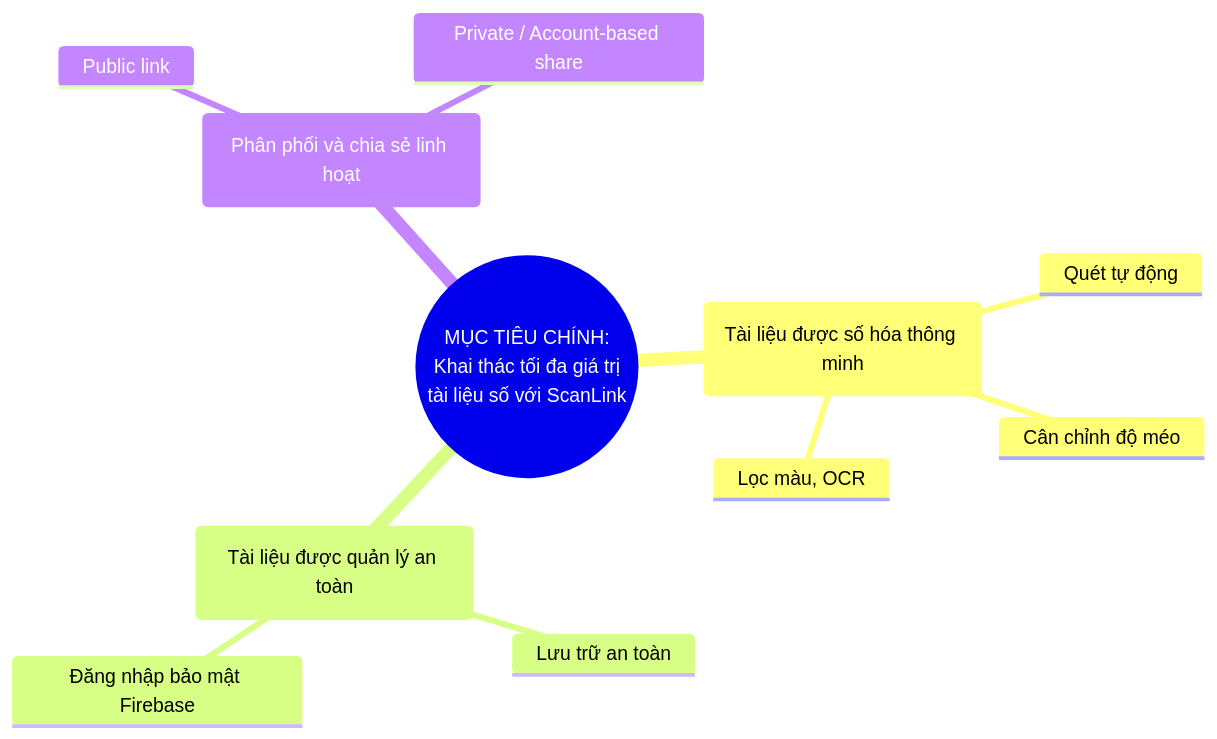
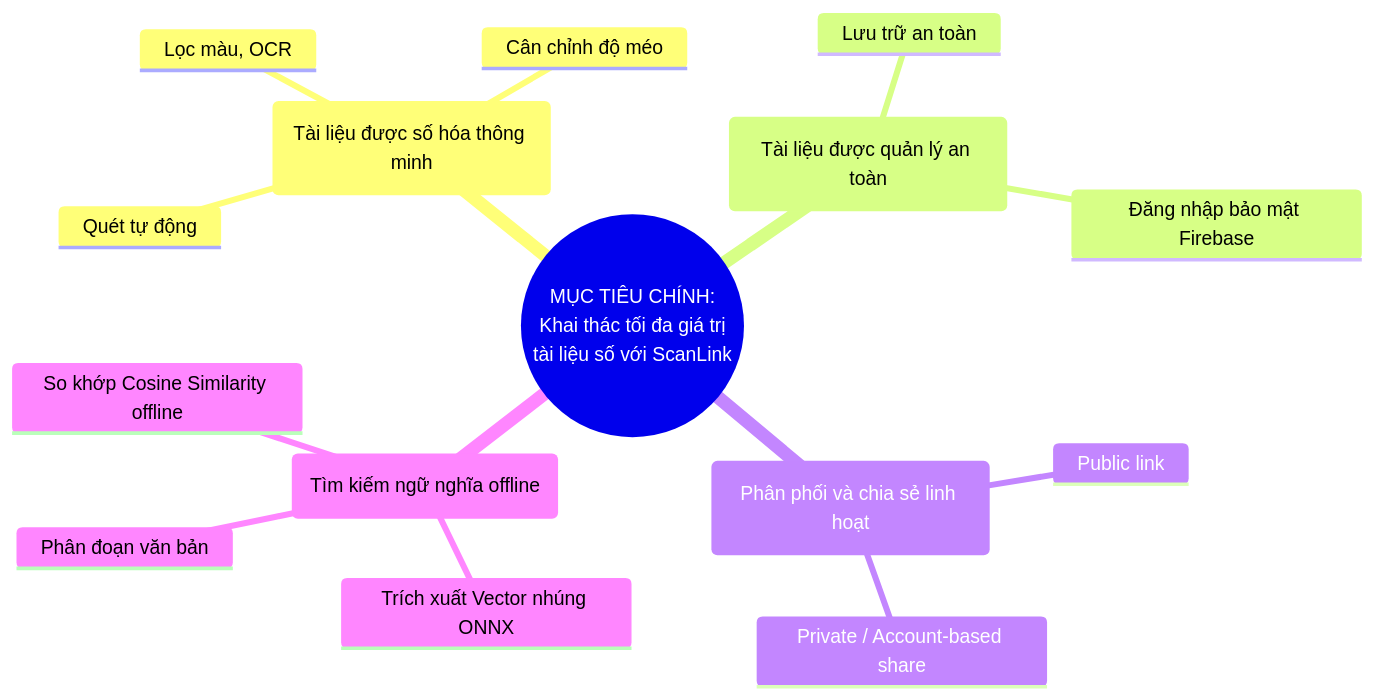
Before and after one commit to vthiet/ScanLink: the second of 3 diagrams in docs/Software_Requirments_Spectification.md, drawn with Mermaid. The commit also changed other lines of this file and 22 other files, not shown here.

Commit message:
feat: implement local semantic search feature with ONNX embedding engine and Room vector support

````diff
--- a/docs/Software_Requirments_Spectification.md
+++ b/docs/Software_Requirments_Spectification.md
@@ -145,14 +146,18 @@
 ``` mermaid
 mindmap
   root((MỤC TIÊU CHÍNH:<br>Khai thác tối đa giá trị<br>tài liệu số với ScanLink))
     Sub-Goal 1(Tài liệu được số hóa thông minh)
       Quét tự động
       Cân chỉnh độ méo
       Lọc màu, OCR
     Sub-Goal 2(Tài liệu được quản lý an toàn)
       Lưu trữ an toàn
       Đăng nhập bảo mật Firebase
     Sub-Goal 3(Phân phối và chia sẻ linh hoạt)
       Public link
       Private / Account-based share
+    Sub-Goal 4(Tìm kiếm ngữ nghĩa offline)
+      Phân đoạn văn bản
+      Trích xuất Vector nhúng ONNX
+      So khớp Cosine Similarity offline
 ```
````
